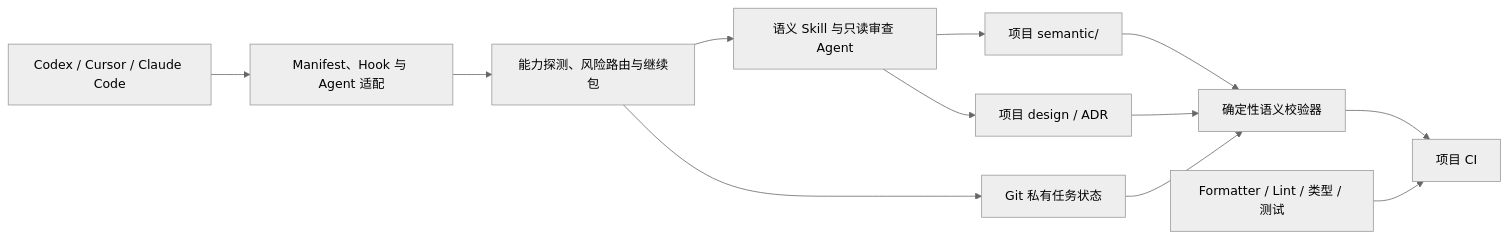
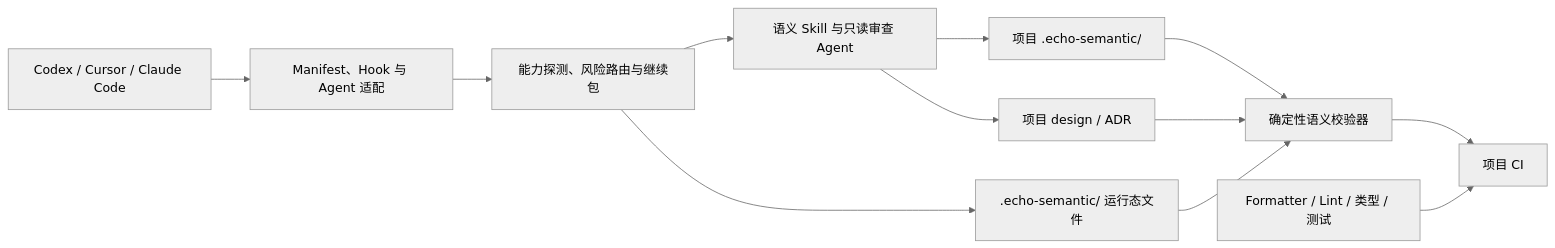
Before and after one commit to EchoYue-lp/echo-semantic: the first of 2 diagrams in README.md, drawn with Mermaid (neutral theme). The commit also changed other lines of this file and 57 other files, not shown here.

````diff
--- a/README.md
+++ b/README.md
@@ -51,14 +51,14 @@
 ```mermaid
 flowchart LR
   Host[Codex / Cursor / Claude Code] --> Adapter[Manifest、Hook 与 Agent 适配]
   Adapter --> Control[能力探测、风险路由与继续包]
   Control --> Skills[语义 Skill 与只读审查 Agent]
-  Skills --> Semantic[项目 semantic/]
+  Skills --> Semantic[项目 .echo-semantic/]
   Skills --> Design[项目 design / ADR]
-  Control --> Private[Git 私有任务状态]
+  Control --> Runtime[.echo-semantic/ 运行态文件]
   Semantic --> Verifier[确定性语义校验器]
   Design --> Verifier
-  Private --> Verifier
+  Runtime --> Verifier
   Verifier --> CI[项目 CI]
   Tests[Formatter / Lint / 类型 / 测试] --> CI
 ```
````
